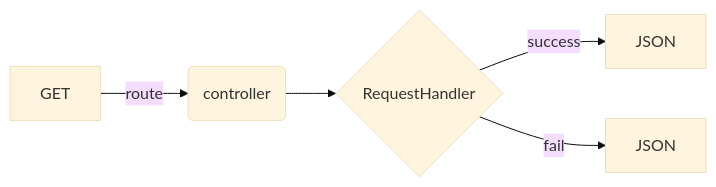
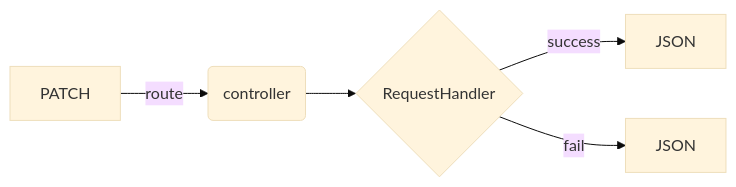
Before and after one commit to rickintveld/symfony-api-boilerplate: the third of 4 diagrams in README.MD, drawn with Mermaid (base theme). The commit also changed other lines of this file, not shown here.

````diff
--- a/README.MD
+++ b/README.MD
@@ -40,7 +40,7 @@
 ```mermaid
   flowchart LR
-    A[GET] -->|route| B(controller)
+    A[PATCH] -->|route| B(controller)
     B --> C{RequestHandler}
     C -->|success| D[JSON]
     C -->|fail| E[JSON]
 ```
````
